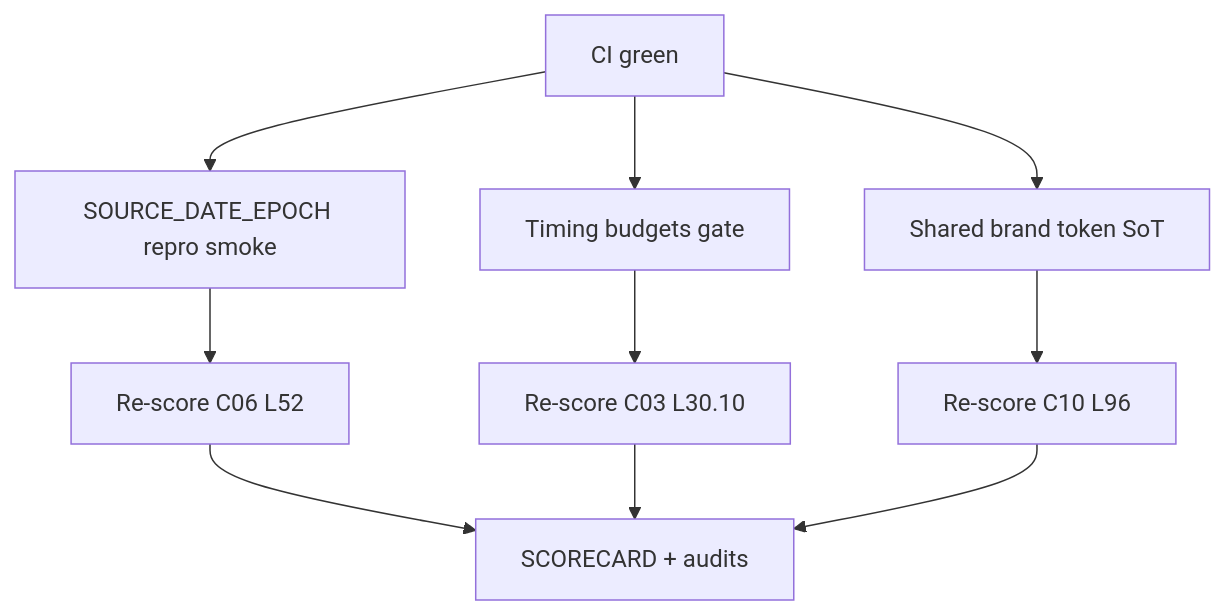
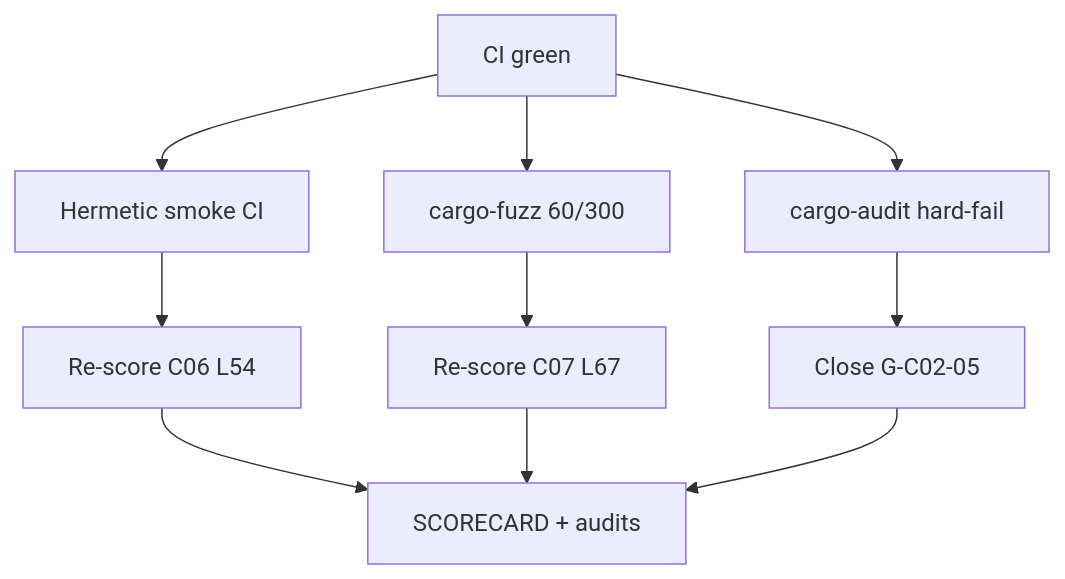
Before and after one commit to KooshaPari/Melosviz: the diagram in docs/WORK_DAG.md, drawn with Mermaid. The commit also changed other lines of this file and 12 other files, not shown here.

First line of the commit message:
feat: hermetic offline smoke, longer nightly fuzz, cargo-audit hard-fail

````diff
--- a/docs/WORK_DAG.md
+++ b/docs/WORK_DAG.md
@@ -5,12 +5,12 @@
 ```mermaid
 flowchart TD
-  A[CI green] --> B[SOURCE_DATE_EPOCH repro smoke]
-  A --> C[Timing budgets gate]
-  A --> D[Shared brand token SoT]
-  B --> E[Re-score C06 L52]
-  C --> F[Re-score C03 L30.10]
-  D --> G[Re-score C10 L96]
+  A[CI green] --> B[Hermetic smoke CI]
+  A --> C[cargo-fuzz 60/300]
+  A --> D[cargo-audit hard-fail]
+  B --> E[Re-score C06 L54]
+  C --> F[Re-score C07 L67]
+  D --> G[Close G-C02-05]
   E --> H[SCORECARD + audits]
   F --> H
   G --> H
 ```
````
